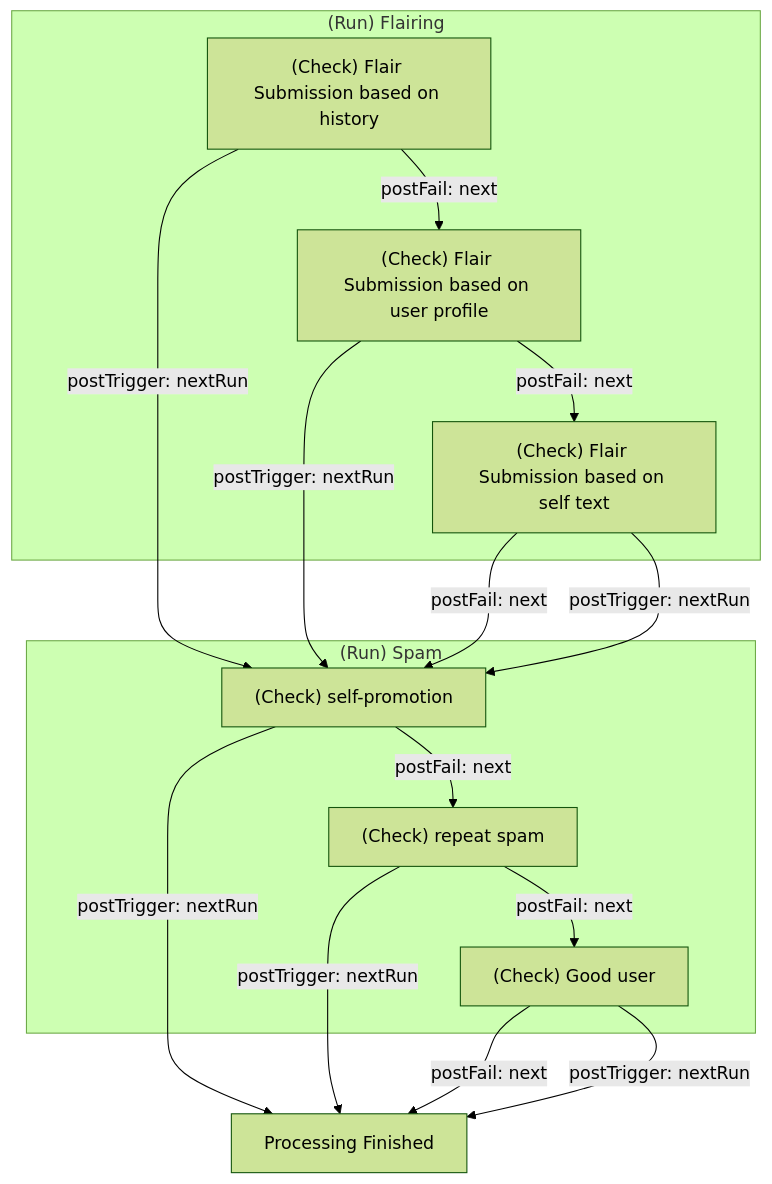
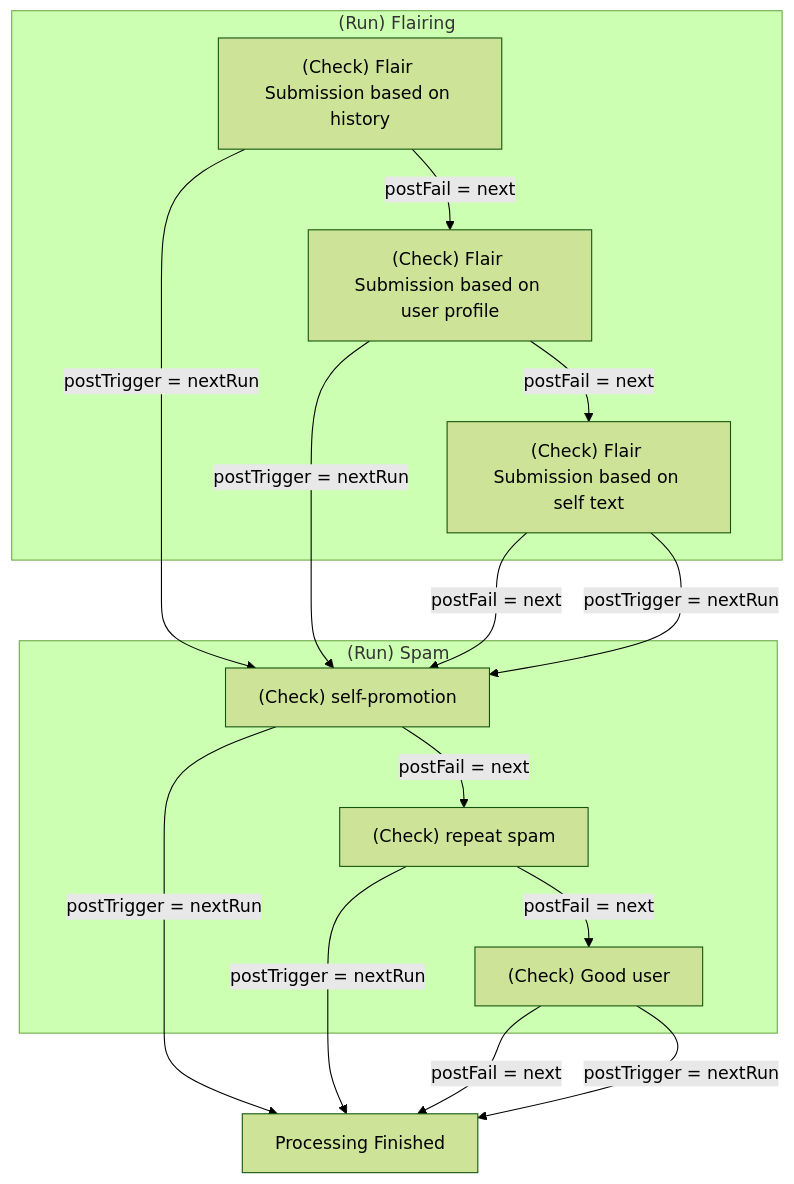
The second of 2 diagrams in docs/examples/advancedConcepts/flowControl.md (FoxxMD/context-mod), drawn with Mermaid (forest theme) before and after one commit. The commit also changed other lines of this file, not shown here.

Commit message:
fix(docs): Replace colon causing issues with mermaid diagram rendering

````diff
--- a/docs/examples/advancedConcepts/flowControl.md
+++ b/docs/examples/advancedConcepts/flowControl.md
@@ -213,22 +213,22 @@
 ```mermaid
 flowchart TB
     subgraph flair ["(Run) Flairing"]
-        a1["(Check) Flair Submission based on history"]-- "postFail: next" -->a2
-        a2["(Check) Flair Submission based on user profile"] -- "postFail: next" --> a3
+        a1["(Check) Flair Submission based on history"]-- "postFail = next" -->a2
+        a2["(Check) Flair Submission based on user profile"] -- "postFail = next" --> a3
         a3["(Check) Flair Submission based on self text"]
     end
-    a1 -- "postTrigger: nextRun" --> b1
-    a2 -- "postTrigger: nextRun" --> b1
-    a3 -- "postFail: next" --> b1
-    a3 -- "postTrigger: nextRun" --> b1
+    a1 -- "postTrigger = nextRun" --> b1
+    a2 -- "postTrigger = nextRun" --> b1
+    a3 -- "postFail = next" --> b1
+    a3 -- "postTrigger = nextRun" --> b1
     subgraph spam ["(Run) Spam"]
-        b1["(Check) self-promotion"] -- "postFail: next" -->b2
-        b2["(Check) repeat spam"] -- "postFail: next" --> b3
+        b1["(Check) self-promotion"] -- "postFail = next" -->b2
+        b2["(Check) repeat spam"] -- "postFail = next" -->b3
         b3["(Check) Good user"]
     end
-    b1 -- "postTrigger: nextRun" --> finish
-    b2 -- "postTrigger: nextRun" --> finish
-    b3 -- "postFail: next" --> finish
-    b3 -- "postTrigger: nextRun" --> finish
+    b1 -- "postTrigger = nextRun" --> finish
+    b2 -- "postTrigger = nextRun" --> finish
+    b3 -- "postFail = next" --> finish
+    b3 -- "postTrigger = nextRun" --> finish
     finish[Processing Finished]
 ```
````
